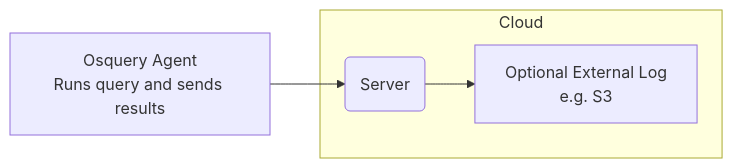
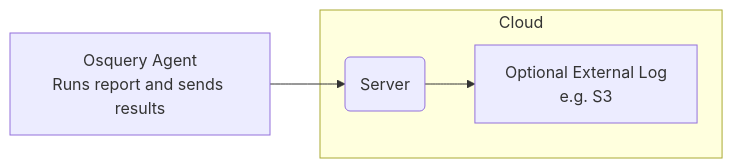
One commit to fleetdm/fleet changed the sixth of 7 diagrams in docs/Contributing/architecture/high-level-architecture.md. Above: the diagram before and after it, drawn with Mermaid. The commit also changed other lines of this file and 66 other files, not shown here.

````diff
--- a/docs/Contributing/architecture/high-level-architecture.md
+++ b/docs/Contributing/architecture/high-level-architecture.md
@@ -182,12 +182,12 @@
 ```mermaid
 graph LR;
-    agent[Osquery Agent<br>Runs query and sends results];
+    agent[Osquery Agent<br>Runs report and sends results];
 
     subgraph Cloud
         server(Server);
         log[Optional External Log<br>e.g. S3];
     end
 
     agent --> server;
     server --> log;
 ```
````
